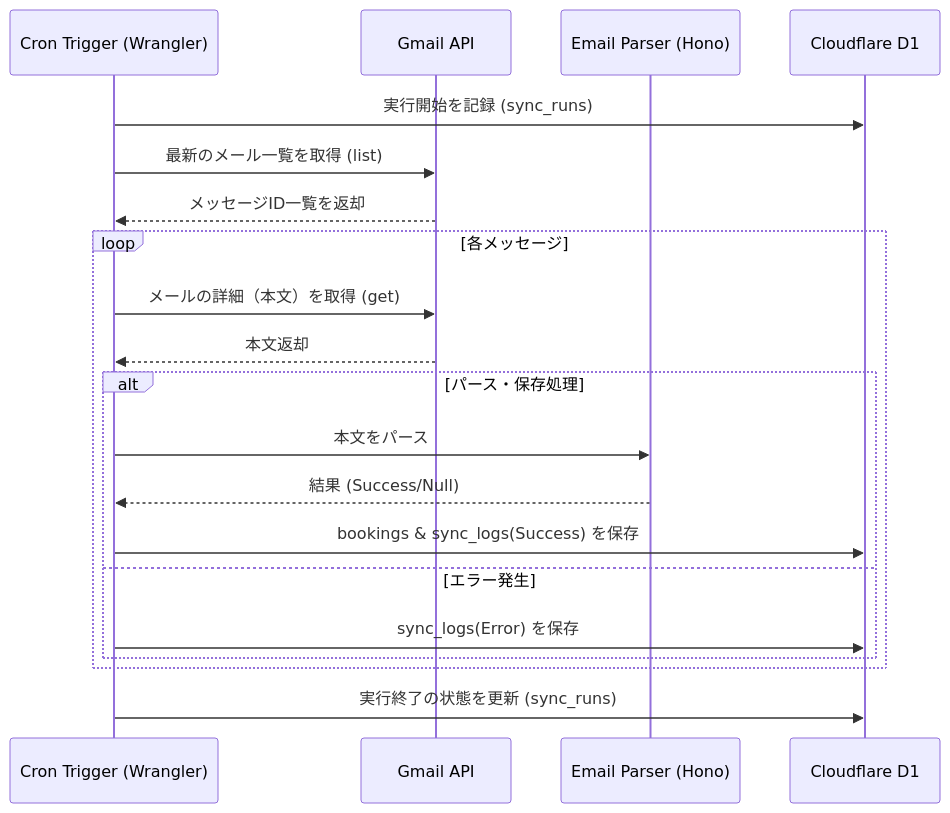
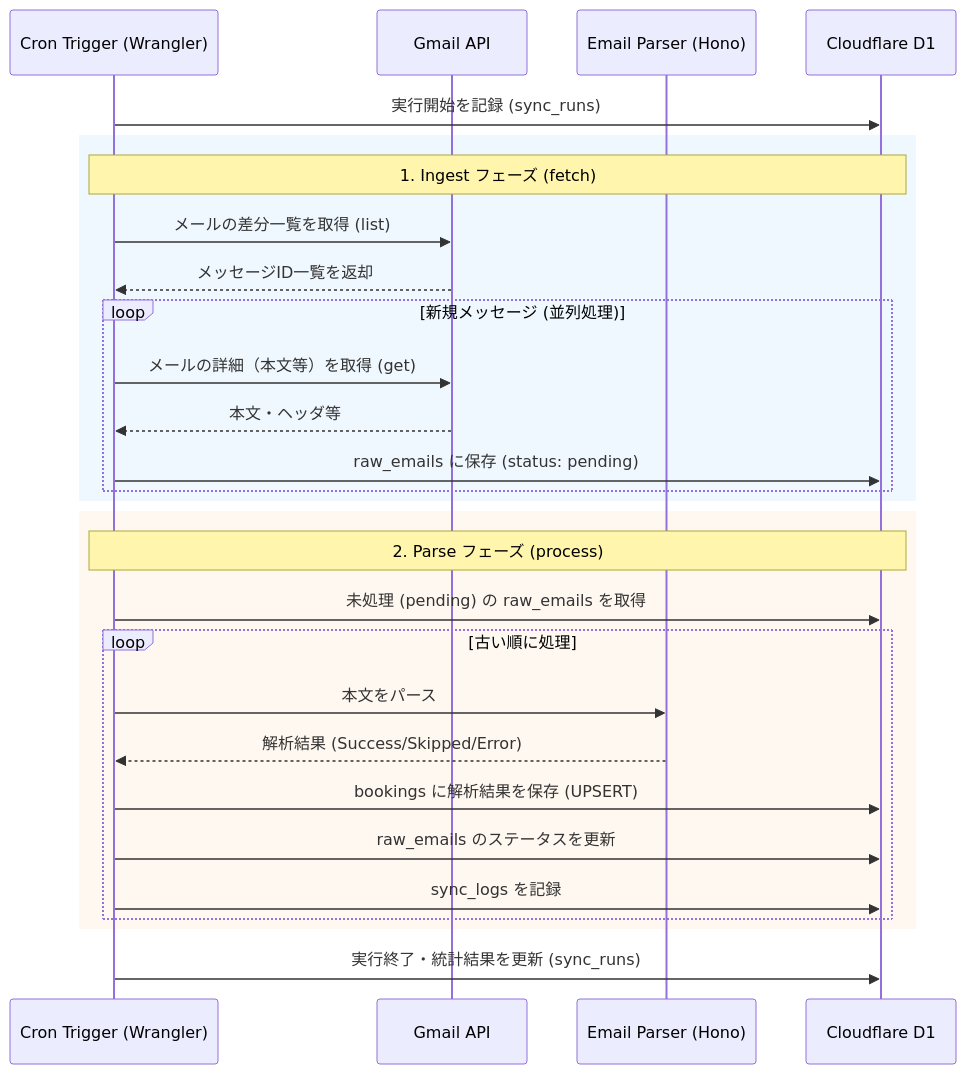
The diagram in docs/design/business-logic.md (sugawara-kouki/gym-booking-tracker), drawn with Mermaid before and after one commit. The commit also changed other lines of this file and 3 other files, not shown here.

Commit message:
docs: Update architecture and design documentation, and package lock file.

````diff
--- a/docs/design/business-logic.md
+++ b/docs/design/business-logic.md
@@ -9,26 +9,35 @@
 ```mermaid
 sequenceDiagram
     participant C as Cron Trigger (Wrangler)
     participant G as Gmail API
     participant P as Email Parser (Hono)
     participant D as Cloudflare D1
     
     C->>D: 実行開始を記録 (sync_runs)
-    C->>G: 最新のメール一覧を取得 (list)
+    
+    rect rgb(240, 248, 255)
+    Note over C, D: 1. Ingest フェーズ (fetch)
+    C->>G: メールの差分一覧を取得 (list)
     G-->>C: メッセージID一覧を返却
     
-    loop 各メッセージ
-        C->>G: メールの詳細（本文）を取得 (get)
-        G-->>C: 本文返却
-        
-        alt パース・保存処理
-            C->>P: 本文をパース
-            P-->>C: 結果 (Success/Null)
-            C->>D: bookings & sync_logs(Success) を保存
-        else エラー発生
-            C->>D: sync_logs(Error) を保存
-        end
+    loop 新規メッセージ (並列処理)
+        C->>G: メールの詳細（本文等）を取得 (get)
+        G-->>C: 本文・ヘッダ等
+        C->>D: raw_emails に保存 (status: pending)
+    end
     end
     
-    C->>D: 実行終了の状態を更新 (sync_runs)
+    rect rgb(255, 248, 240)
+    Note over C, D: 2. Parse フェーズ (process)
+    C->>D: 未処理 (pending) の raw_emails を取得
+    loop 古い順に処理
+        C->>P: 本文をパース
+        P-->>C: 解析結果 (Success/Skipped/Error)
+        C->>D: bookings に解析結果を保存 (UPSERT)
+        C->>D: raw_emails のステータスを更新
+        C->>D: sync_logs を記録
+    end
+    end
+    
+    C->>D: 実行終了・統計結果を更新 (sync_runs)
 ```
````
